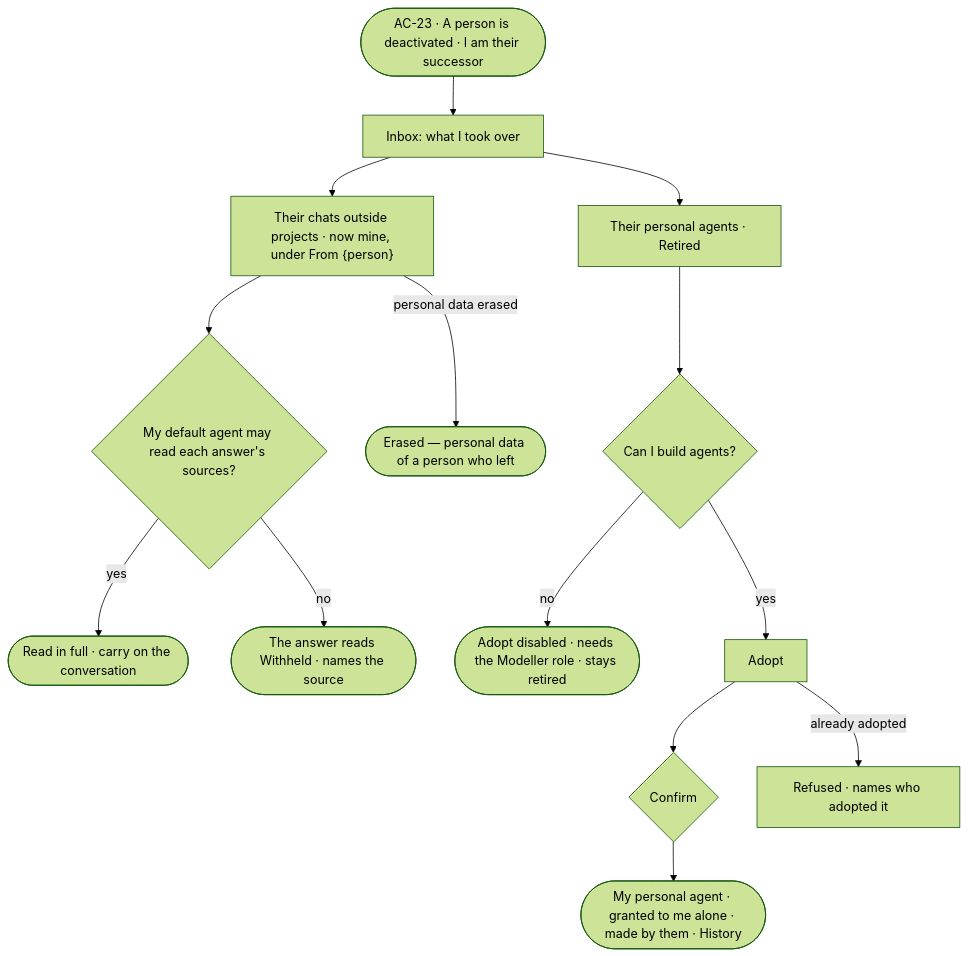
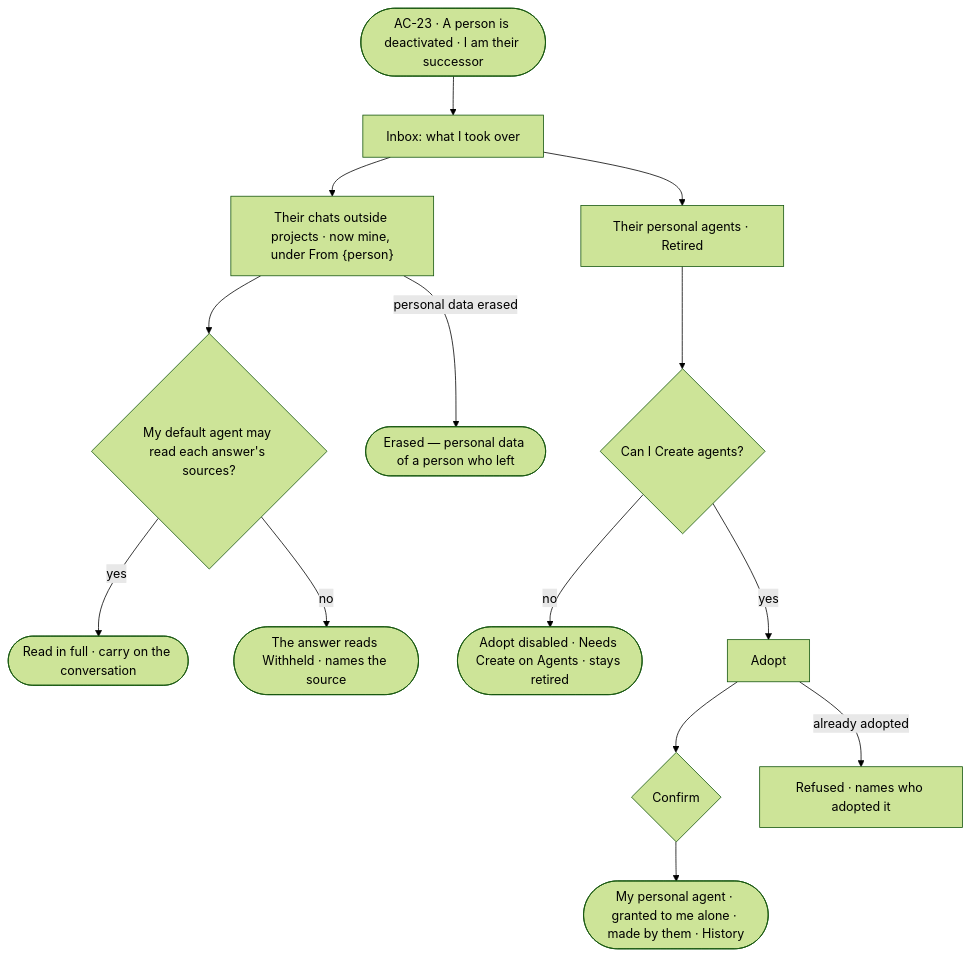
One commit to invana/invana changed the diagram in specs/os/access/features/AC-F07-ownership/stories/AC-43-adopt-a-departed-persons-agent-and-chats/story.md. Above: the diagram before and after it, drawn with Mermaid (forest theme). The commit also changed other lines of this file and 456 other files, not shown here.

````diff
--- a/specs/os/access/features/AC-F07-ownership/stories/AC-43-adopt-a-departed-persons-agent-and-chats/story.md
+++ b/specs/os/access/features/AC-F07-ownership/stories/AC-43-adopt-a-departed-persons-agent-and-chats/story.md
@@ -27,16 +27,16 @@
 ```mermaid
 flowchart TD
   d([AC-23 · A person is deactivated · I am their successor]) --> inbox["Inbox: what I took over"]
   inbox --> ch["Their chats outside projects · now mine, under From {person}"]
   ch --> rd{"My default agent may read each answer's sources?"}
   rd -->|yes| full(["Read in full · carry on the conversation"])
   rd -->|no| wh(["The answer reads Withheld · names the source"])
   ch -->|personal data erased| er(["Erased — personal data of a person who left"])
   inbox --> ag["Their personal agents · Retired"]
-  ag --> role{"Can I build agents?"}
-  role -->|no| dis(["Adopt disabled · needs the Modeller role · stays retired"])
-  role -->|yes| ad["Adopt"]
+  ag --> can{"Can I Create agents?"}
+  can -->|no| dis(["Adopt disabled · Needs Create on Agents · stays retired"])
+  can -->|yes| ad["Adopt"]
   ad --> pw{"Confirm"}
   pw --> mine(["My personal agent · granted to me alone · made by them · History"])
   ad -->|already adopted| ref["Refused · names who adopted it"]
 ```
````
